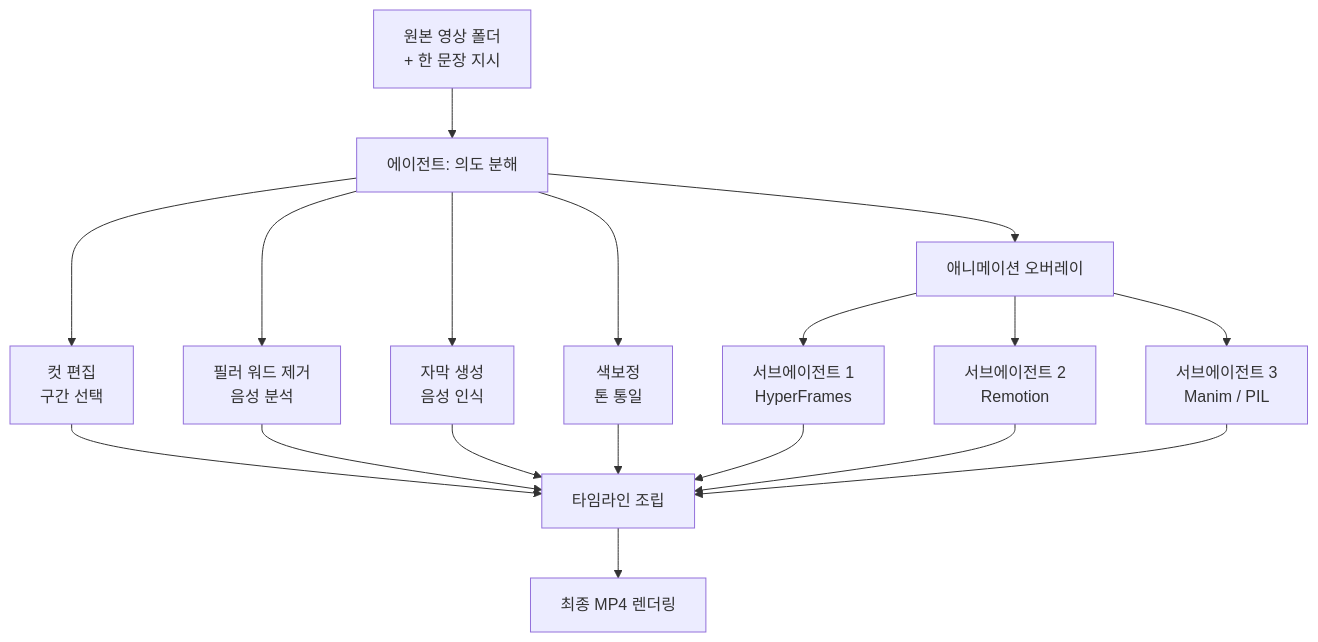
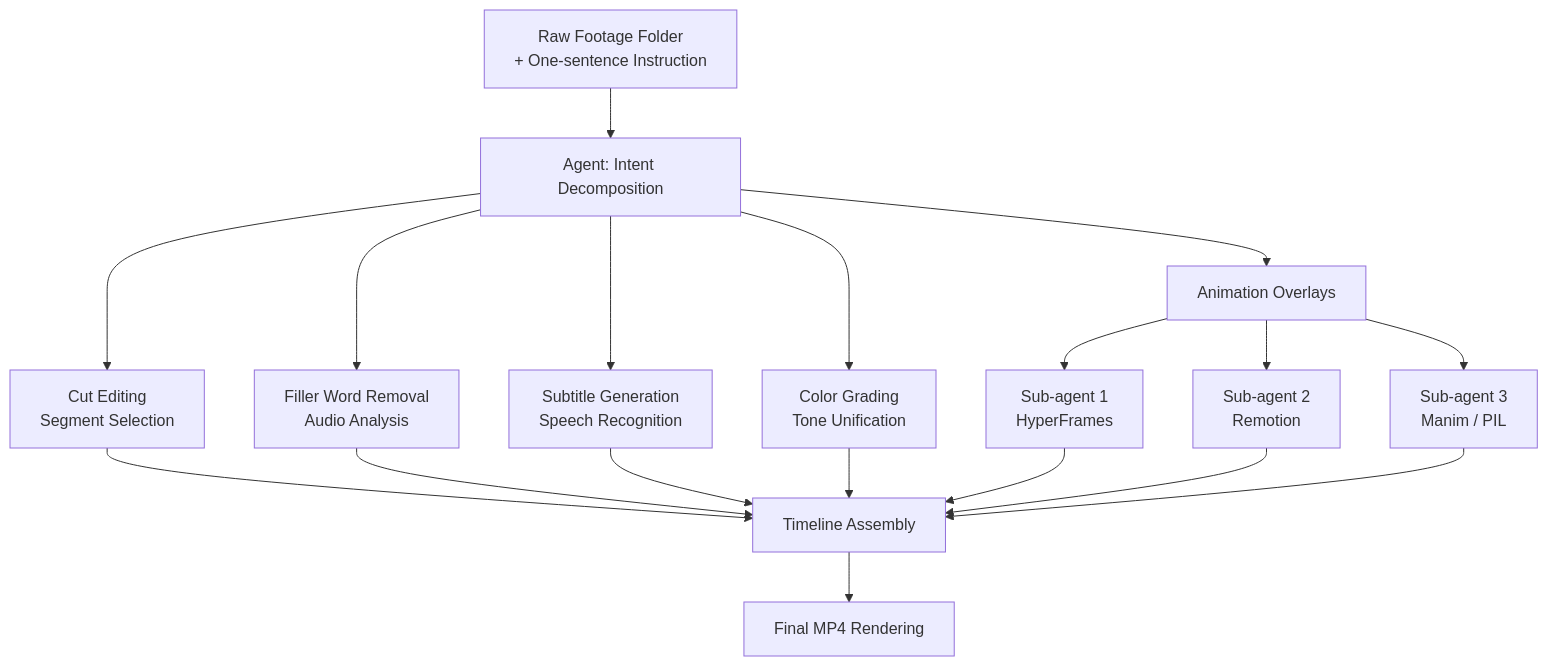
The diagram in _posts/en/technique/2026-06-27-video-use-coding-agent-video-editor.md (ThakiCloud/thakicloud.github.io), drawn with Mermaid before and after one commit. The commit also changed 21 other files, not shown here.

First line of the commit message:
fix(blog): translate mermaid labels to post language (en/ar)

````diff
--- a/_posts/en/technique/2026-06-27-video-use-coding-agent-video-editor.md
+++ b/_posts/en/technique/2026-06-27-video-use-coding-agent-video-editor.md
@@ -49,20 +49,20 @@
 ```mermaid
 flowchart TB
-    A[원본 영상 폴더<br/>+ 한 문장 지시] --> B[에이전트: 의도 분해]
-    B --> C[컷 편집<br/>구간 선택]
-    B --> D[필러 워드 제거<br/>음성 분석]
-    B --> E[자막 생성<br/>음성 인식]
-    B --> F[색보정<br/>톤 통일]
-    B --> G[애니메이션 오버레이]
-    G --> G1[서브에이전트 1<br/>HyperFrames]
-    G --> G2[서브에이전트 2<br/>Remotion]
-    G --> G3[서브에이전트 3<br/>Manim / PIL]
-    C --> H[타임라인 조립]
+    A[Raw Footage Folder<br/>+ One-sentence Instruction] --> B[Agent: Intent Decomposition]
+    B --> C[Cut Editing<br/>Segment Selection]
+    B --> D[Filler Word Removal<br/>Audio Analysis]
+    B --> E[Subtitle Generation<br/>Speech Recognition]
+    B --> F[Color Grading<br/>Tone Unification]
+    B --> G[Animation Overlays]
+    G --> G1[Sub-agent 1<br/>HyperFrames]
+    G --> G2[Sub-agent 2<br/>Remotion]
+    G --> G3[Sub-agent 3<br/>Manim / PIL]
+    C --> H[Timeline Assembly]
     D --> H
     E --> H
     F --> H
     G1 --> H
     G2 --> H
     G3 --> H
-    H --> I[최종 MP4 렌더링]
+    H --> I[Final MP4 Rendering]
 ```
````
